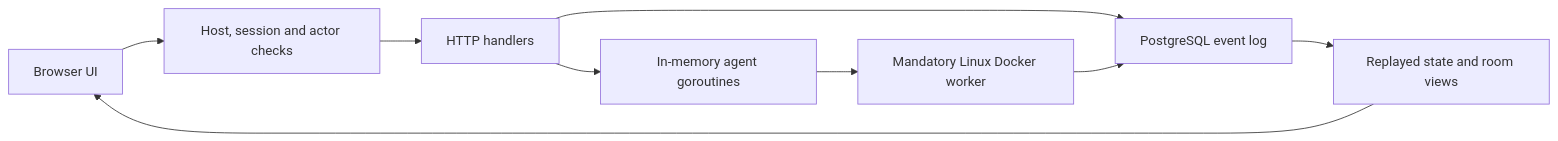
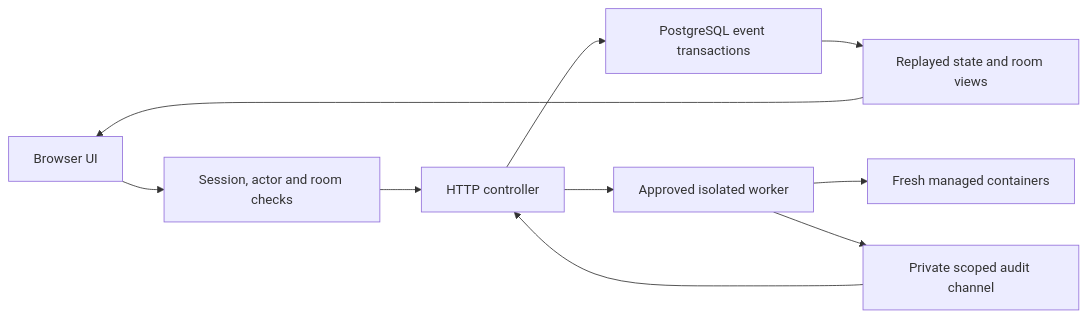
The diagram in docs/architecture.md (Daemon-Labs-Co/agent-commonroom), drawn with Mermaid before and after one commit. The commit also changed other lines of this file and 54 other files, not shown here.

````diff
--- a/docs/architecture.md
+++ b/docs/architecture.md
@@ -70,11 +10,12 @@
 ```mermaid
 flowchart LR
-    Browser[Browser UI] --> Guards[Host, session and actor checks]
-    Guards --> Handlers[HTTP handlers]
-    Handlers --> Store[PostgreSQL event log]
-    Store --> Projection[Replayed state and room views]
-    Projection --> Browser
-    Handlers --> Jobs[In-memory agent goroutines]
-    Jobs --> CLI[Mandatory Linux Docker worker]
-    CLI --> Store
+    Browser[Browser UI] --> Guards[Session, actor and room checks]
+    Guards --> Controller[HTTP controller]
+    Controller --> Store[PostgreSQL event transactions]
+    Store --> State[Replayed state and room views]
+    State --> Browser
+    Controller --> Worker[Approved isolated worker]
+    Worker --> Containers[Fresh managed containers]
+    Worker --> Audit[Private scoped audit channel]
+    Audit --> Controller
 ```
````
